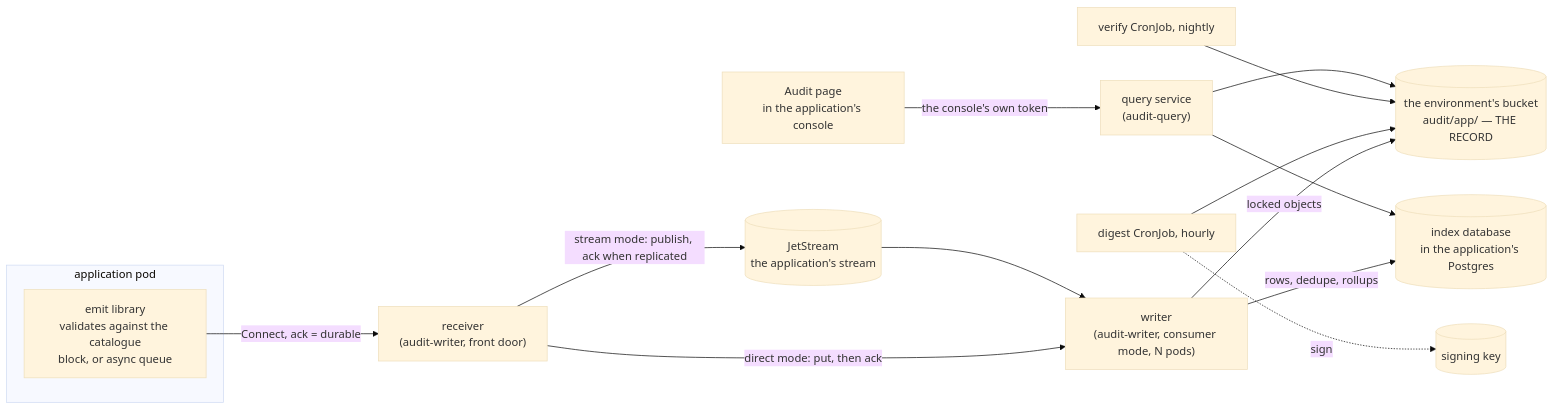
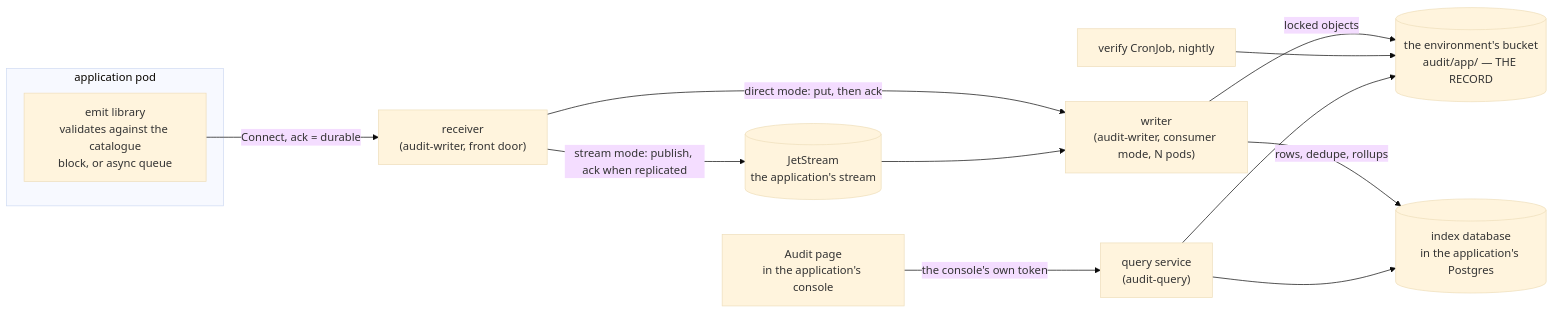
One commit to truvity/audit changed the first of 2 diagrams in docs/architecture.md. Above: the diagram before and after it, drawn with Mermaid (base theme). The commit also changed other lines of this file and 149 other files, not shown here.

````diff
--- a/docs/architecture.md
+++ b/docs/architecture.md
@@ -25,18 +25,16 @@
 ```mermaid
 flowchart LR
   subgraph app["application pod"]
     E["emit library<br/>validates against the catalogue<br/>block, or async queue"]
   end
   E -- "Connect, ack = durable" --> R["receiver<br/>(audit-writer, front door)"]
   R -- "direct mode: put, then ack" --> W
   R -- "stream mode: publish, ack when replicated" --> NATS[("JetStream<br/>the application's stream")]
   NATS --> W["writer<br/>(audit-writer, consumer mode, N pods)"]
   W -- "locked objects" --> S3[("the environment's bucket<br/>audit/app/ — THE RECORD")]
   W -- "rows, dedupe, rollups" --> PG[("index database<br/>in the application's Postgres")]
-  D["digest CronJob, hourly"] --> S3
   V["verify CronJob, nightly"] --> S3
-  D -. sign .-> KMS[("signing key")]
   Q["query service<br/>(audit-query)"] --> PG
   Q --> S3
   UI["Audit page<br/>in the application's console"] -- "the console's own token" --> Q
 ```
````
